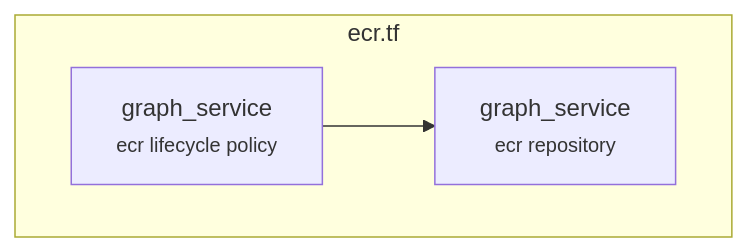
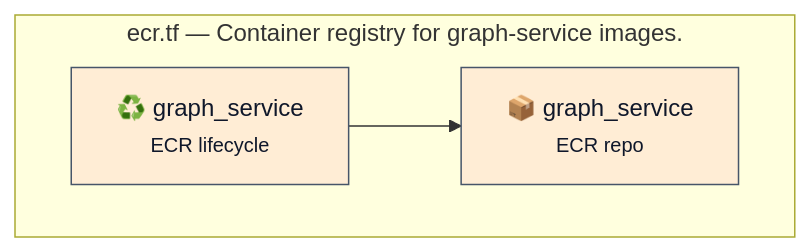
The diagram in infra/diagrams/per-file/ecr.mmd (macamp0328/liner-notes), drawn with Mermaid before and after one commit. The commit also changed 11 other files, not shown here.

First line of the commit message:
docs(diagrams): enrich per-file Mermaid + redesign request-flow (#149)

```diff
--- a/infra/diagrams/per-file/ecr.mmd
+++ b/infra/diagrams/per-file/ecr.mmd
@@ -1,9 +1,10 @@
 %% Auto-generated by scripts/diagrams/generate.ts — do not edit by hand.
 %% Source: infra/terraform/ecr.tf
 flowchart LR
-  subgraph this["ecr.tf"]
+  classDef storage fill:#ffedd5,stroke:#475569,color:#0f172a
+  subgraph this["ecr.tf — Container registry for graph-service images."]
     direction LR
-    aws_ecr_repository_graph_service["graph_service<br/><small>ecr repository</small>"]
-    aws_ecr_lifecycle_policy_graph_service["graph_service<br/><small>ecr lifecycle policy</small>"]
+    aws_ecr_repository_graph_service["📦 graph_service<br/><small>ECR repo</small>"]:::storage
+    aws_ecr_lifecycle_policy_graph_service["♻️ graph_service<br/><small>ECR lifecycle</small>"]:::storage
   end
   aws_ecr_lifecycle_policy_graph_service --> aws_ecr_repository_graph_service
```
